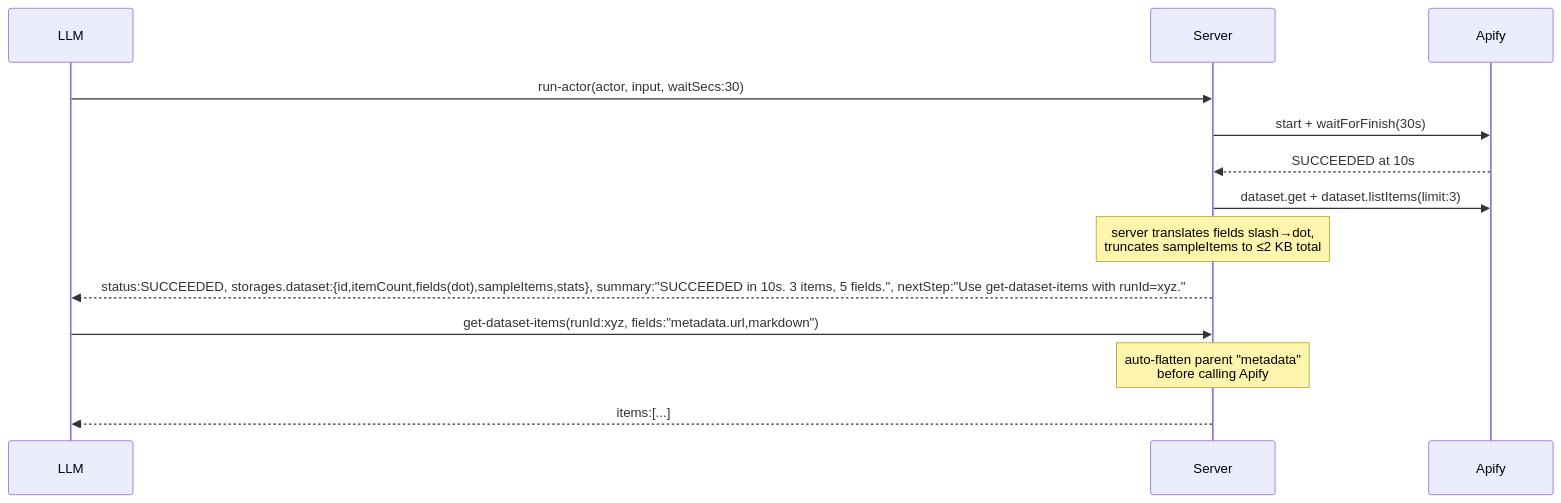
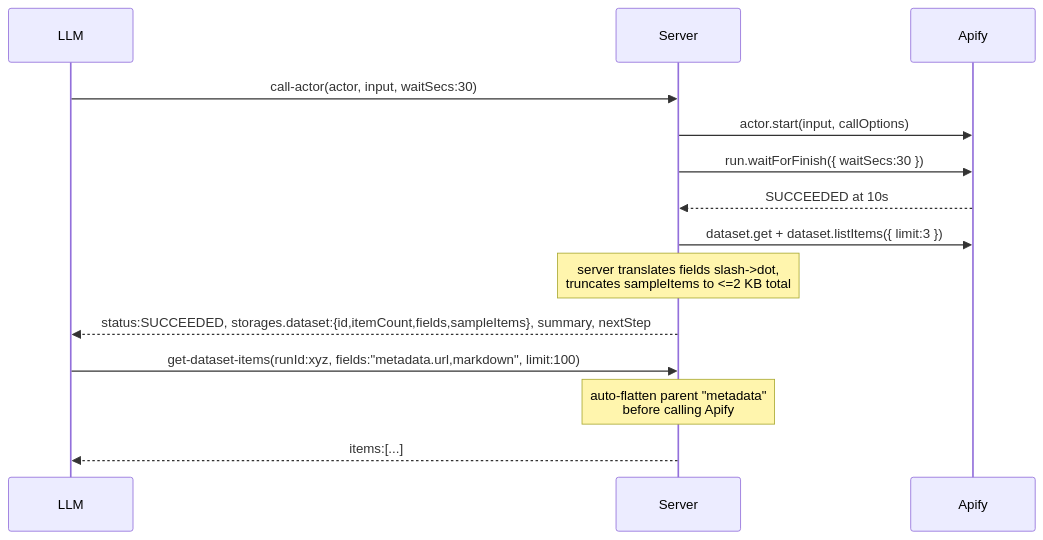
Before and after one commit to apify/apify-mcp-server: the first of 2 diagrams in res/call_actor_redesign_v3.1.md, drawn with Mermaid. The commit also changed other lines of this file, not shown here.

````diff
--- a/res/call_actor_redesign_v3.1.md
+++ b/res/call_actor_redesign_v3.1.md
@@ -262,15 +328,16 @@
 ```mermaid
 sequenceDiagram
   participant LLM
   participant Server
   participant Apify
-  LLM->>Server: run-actor(actor, input, waitSecs:30)
-  Server->>Apify: start + waitForFinish(30s)
+  LLM->>Server: call-actor(actor, input, waitSecs:30)
+  Server->>Apify: actor.start(input, callOptions)
+  Server->>Apify: run.waitForFinish({ waitSecs:30 })
   Apify-->>Server: SUCCEEDED at 10s
-  Server->>Apify: dataset.get + dataset.listItems(limit:3)
-  Note over Server: server translates fields slash→dot,<br/>truncates sampleItems to ≤2 KB total
-  Server-->>LLM: status:SUCCEEDED, storages.dataset:{id,itemCount,fields(dot),sampleItems,stats}, summary:"SUCCEEDED in 10s. 3 items, 5 fields.", nextStep:"Use get-dataset-items with runId=xyz."
-  LLM->>Server: get-dataset-items(runId:xyz, fields:"metadata.url,markdown")
+  Server->>Apify: dataset.get + dataset.listItems({ limit:3 })
+  Note over Server: server translates fields slash->dot,<br/>truncates sampleItems to <=2 KB total
+  Server-->>LLM: status:SUCCEEDED, storages.dataset:{id,itemCount,fields,sampleItems}, summary, nextStep
+  LLM->>Server: get-dataset-items(runId:xyz, fields:"metadata.url,markdown", limit:100)
   Note over Server: auto-flatten parent "metadata"<br/>before calling Apify
   Server-->>LLM: items:[...]
 ```
````
